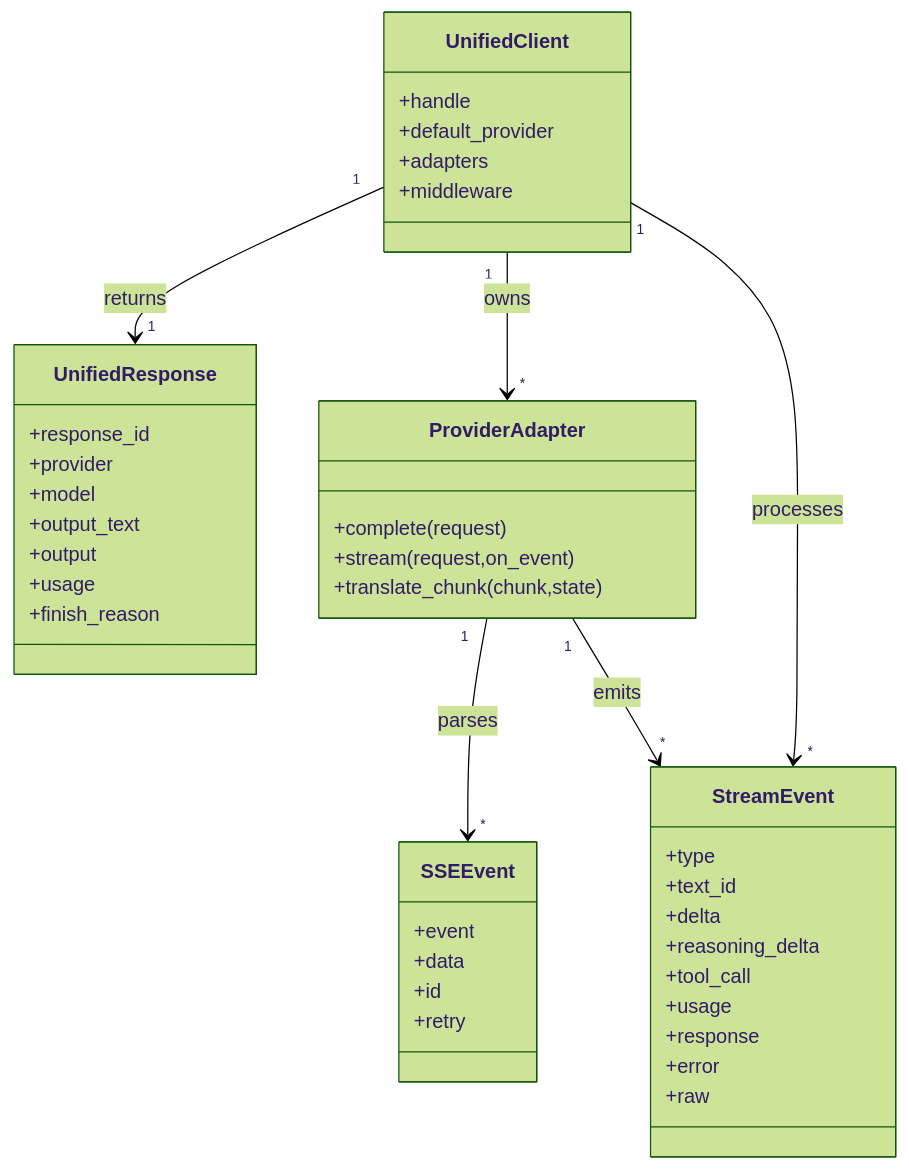
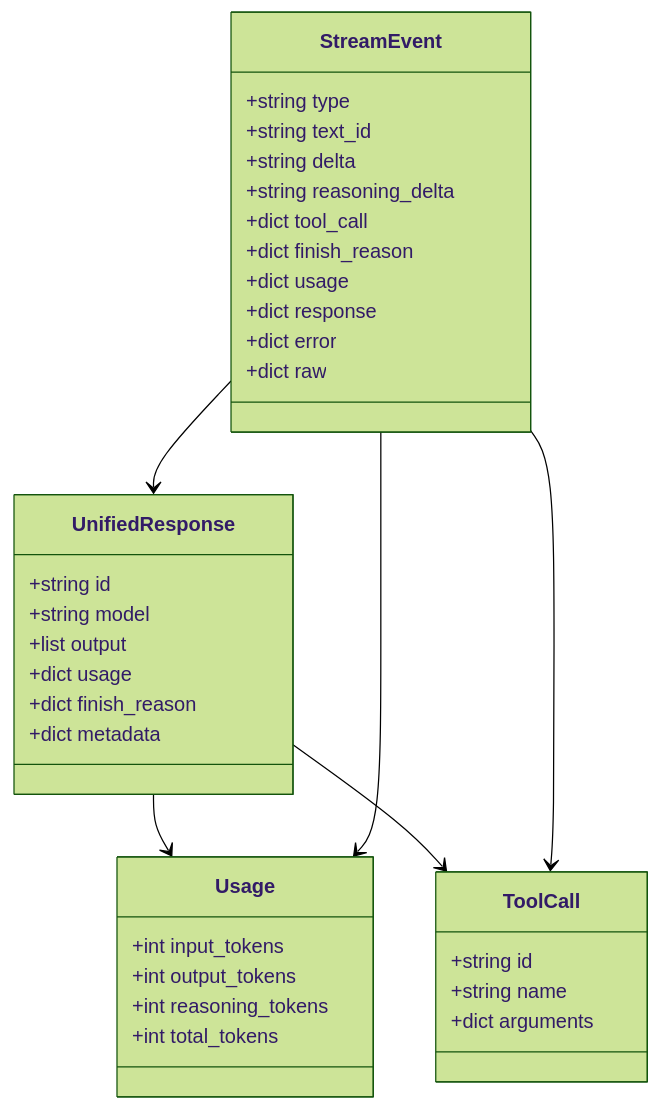
Before and after one commit to jaytaylor/attractor-tcl: the first of 5 diagrams in docs/sprints/SPRINT-005-comprehensive-implementation-plan.md, drawn with Mermaid (forest theme). The commit also changed other lines of this file, not shown here.

````diff
--- a/docs/sprints/SPRINT-005-comprehensive-implementation-plan.md
+++ b/docs/sprints/SPRINT-005-comprehensive-implementation-plan.md
@@ -678,50 +416,39 @@
 ```mermaid
 classDiagram
-  class UnifiedClient {
-    +handle
-    +default_provider
-    +adapters
-    +middleware
+  class StreamEvent {
+    +string type
+    +string text_id
+    +string delta
+    +string reasoning_delta
+    +dict tool_call
+    +dict finish_reason
+    +dict usage
+    +dict response
+    +dict error
+    +dict raw
   }
-
-  class StreamEvent {
-    +type
-    +text_id
-    +delta
-    +reasoning_delta
-    +tool_call
-    +usage
-    +response
-    +error
-    +raw
+  class UnifiedResponse {
+    +string id
+    +string model
+    +list output
+    +dict usage
+    +dict finish_reason
+    +dict metadata
   }
-
-  class UnifiedResponse {
-    +response_id
-    +provider
-    +model
-    +output_text
-    +output
-    +usage
-    +finish_reason
+  class ToolCall {
+    +string id
+    +string name
+    +dict arguments
   }
-
-  class ProviderAdapter {
-    +complete(request)
-    +stream(request,on_event)
-    +translate_chunk(chunk,state)
+  class Usage {
+    +int input_tokens
+    +int output_tokens
+    +int reasoning_tokens
+    +int total_tokens
   }
-
-  class SSEEvent {
-    +event
-    +data
-    +id
-    +retry
-  }
-
-  UnifiedClient "1" --> "*" ProviderAdapter : owns
-  ProviderAdapter "1" --> "*" SSEEvent : parses
-  ProviderAdapter "1" --> "*" StreamEvent : emits
-  UnifiedClient "1" --> "*" StreamEvent : processes
-  UnifiedClient "1" --> "1" UnifiedResponse : returns
+  UnifiedResponse --> Usage
+  UnifiedResponse --> ToolCall
+  StreamEvent --> UnifiedResponse
+  StreamEvent --> ToolCall
+  StreamEvent --> Usage
 ```
````
